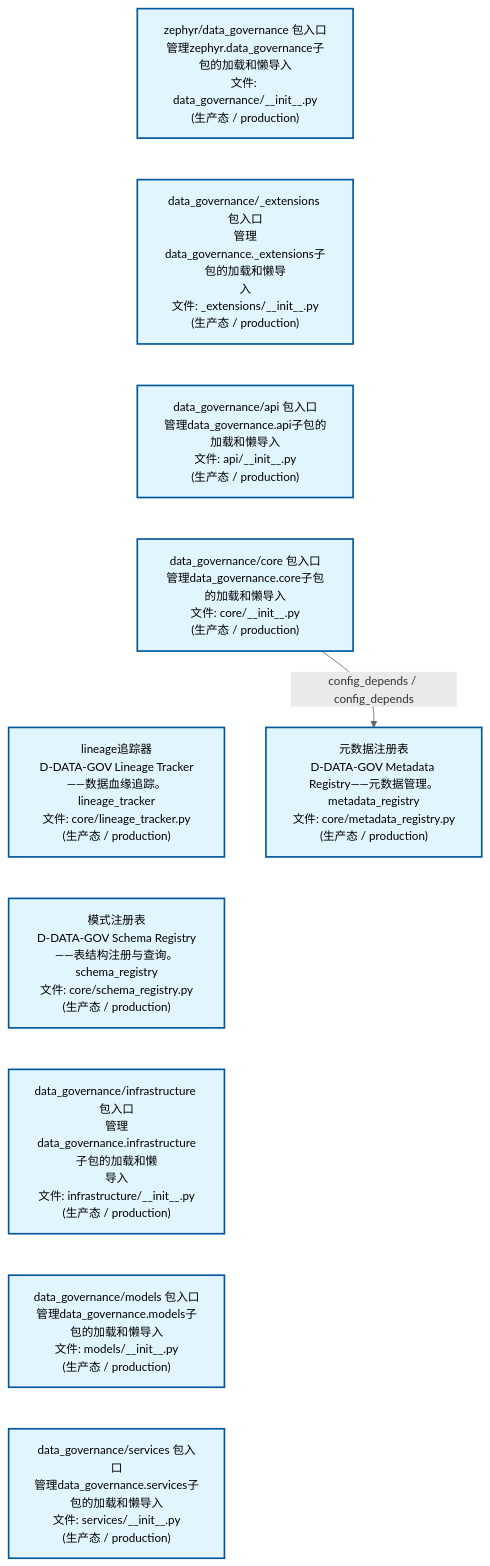
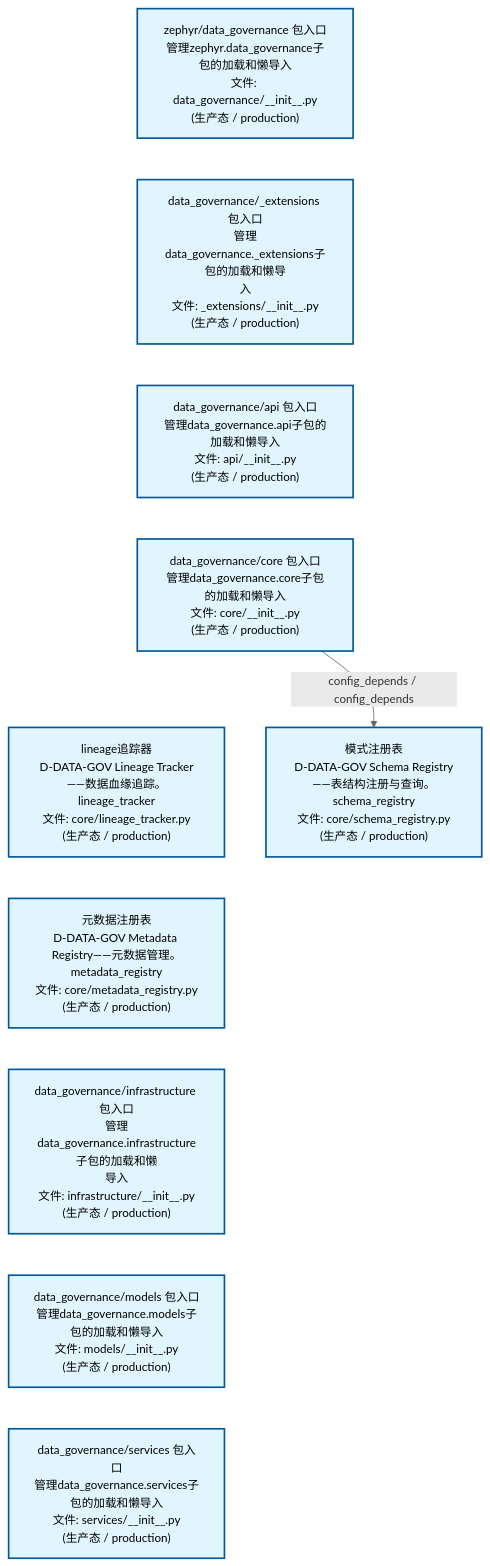
One commit to xuanFelixVan/ZephyrAlpha changed the first of 2 diagrams in docs/02_enterprise_architecture/02_domain_architecture_docs/13_d_data_gov.md. Above: the diagram before and after it, drawn with Mermaid. The commit also changed other lines of this file and 44 other files, not shown here.

````diff
--- a/docs/02_enterprise_architecture/02_domain_architecture_docs/13_d_data_gov.md
+++ b/docs/02_enterprise_architecture/02_domain_architecture_docs/13_d_data_gov.md
@@ -53,28 +53,28 @@
 ```mermaid
 %%{init: {'theme': 'base', 'themeVariables': {'primaryColor': '#eaeaea', 'primaryTextColor': '#333333', 'primaryBorderColor': '#666666', 'lineColor': '#666666', 'secondaryColor': '#eaeaea', 'tertiaryColor': '#eaeaea', 'fontSize': '14px'}}}%%
 flowchart TD
     src_zephyr_data_governance_init_py["zephyr/data_governance 包入口<br/>管理zephyr.data_governance子包的加载和懒导入<br/>文件: data_governance/__init__.py<br/>(生产态 / production)"]
     src_zephyr_data_governance_extensions_init_py["data_governance/_extensions 包入口<br/>管理data_governance._extensions子包的加载和懒导<br/>入<br/>文件: _extensions/__init__.py<br/>(生产态 / production)"]
     src_zephyr_data_governance_api_init_py["data_governance/api 包入口<br/>管理data_governance.api子包的加载和懒导入<br/>文件: api/__init__.py<br/>(生产态 / production)"]
     src_zephyr_data_governance_core_init_py["data_governance/core 包入口<br/>管理data_governance.core子包的加载和懒导入<br/>文件: core/__init__.py<br/>(生产态 / production)"]
     src_zephyr_data_governance_core_lineage_tracker_py["lineage追踪器<br/>D-DATA-GOV Lineage Tracker——数据血缘追踪。<br/>lineage_tracker<br/>文件: core/lineage_tracker.py<br/>(生产态 / production)"]
-    src_zephyr_data_governance_core_schema_registry_py["模式注册表<br/>D-DATA-GOV Schema Registry——表结构注册与查询。<br/>schema_registry<br/>文件: core/schema_registry.py<br/>(生产态 / production)"]
+    src_zephyr_data_governance_core_metadata_registry_py["元数据注册表<br/>D-DATA-GOV Metadata Registry——元数据管理。<br/>metadata_registry<br/>文件: core/metadata_registry.py<br/>(生产态 / production)"]
     src_zephyr_data_governance_infrastructure_init_py["data_governance/infrastructure 包入口<br/>管理data_governance.infrastructure子包的加载和懒<br/>导入<br/>文件: infrastructure/__init__.py<br/>(生产态 / production)"]
     src_zephyr_data_governance_models_init_py["data_governance/models 包入口<br/>管理data_governance.models子包的加载和懒导入<br/>文件: models/__init__.py<br/>(生产态 / production)"]
     src_zephyr_data_governance_services_init_py["data_governance/services 包入口<br/>管理data_governance.services子包的加载和懒导入<br/>文件: services/__init__.py<br/>(生产态 / production)"]
     src_zephyr_data_governance_init_py ~~~ src_zephyr_data_governance_extensions_init_py
     src_zephyr_data_governance_extensions_init_py ~~~ src_zephyr_data_governance_api_init_py
     src_zephyr_data_governance_api_init_py ~~~ src_zephyr_data_governance_core_init_py
     src_zephyr_data_governance_core_init_py ~~~ src_zephyr_data_governance_core_lineage_tracker_py
-    src_zephyr_data_governance_core_lineage_tracker_py ~~~ src_zephyr_data_governance_core_schema_registry_py
-    src_zephyr_data_governance_core_schema_registry_py ~~~ src_zephyr_data_governance_infrastructure_init_py
+    src_zephyr_data_governance_core_lineage_tracker_py ~~~ src_zephyr_data_governance_core_metadata_registry_py
+    src_zephyr_data_governance_core_metadata_registry_py ~~~ src_zephyr_data_governance_infrastructure_init_py
     src_zephyr_data_governance_infrastructure_init_py ~~~ src_zephyr_data_governance_models_init_py
     src_zephyr_data_governance_models_init_py ~~~ src_zephyr_data_governance_services_init_py
-    src_zephyr_data_governance_core_metadata_registry_py["元数据注册表<br/>D-DATA-GOV Metadata Registry——元数据管理。<br/>metadata_registry<br/>文件: core/metadata_registry.py<br/>(生产态 / production)"]
-    src_zephyr_data_governance_core_init_py -->|config_depends / config_depends| src_zephyr_data_governance_core_metadata_registry_py
+    src_zephyr_data_governance_core_schema_registry_py["模式注册表<br/>D-DATA-GOV Schema Registry——表结构注册与查询。<br/>schema_registry<br/>文件: core/schema_registry.py<br/>(生产态 / production)"]
+    src_zephyr_data_governance_core_init_py -->|config_depends / config_depends| src_zephyr_data_governance_core_schema_registry_py
     classDef production fill:#e1f5fe,stroke:#01579b,stroke-width:2px,color:#000
     classDef design fill:#fff3e0,stroke:#e65100,stroke-width:2px,color:#000,stroke-dasharray: 5 5
     classDef external_prod fill:#e8f4fd,stroke:#0277bd,stroke-width:1px,color:#000
     classDef external_design fill:#fff8e7,stroke:#ef6c00,stroke-width:1px,color:#000,stroke-dasharray: 5 5
     class src_zephyr_data_governance_init_py,src_zephyr_data_governance_extensions_init_py,src_zephyr_data_governance_api_init_py,src_zephyr_data_governance_core_init_py,src_zephyr_data_governance_core_lineage_tracker_py,src_zephyr_data_governance_core_metadata_registry_py,src_zephyr_data_governance_core_schema_registry_py,src_zephyr_data_governance_infrastructure_init_py,src_zephyr_data_governance_models_init_py,src_zephyr_data_governance_services_init_py production
 ```
````
